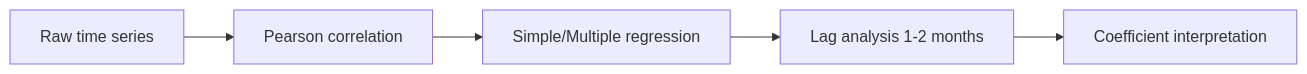
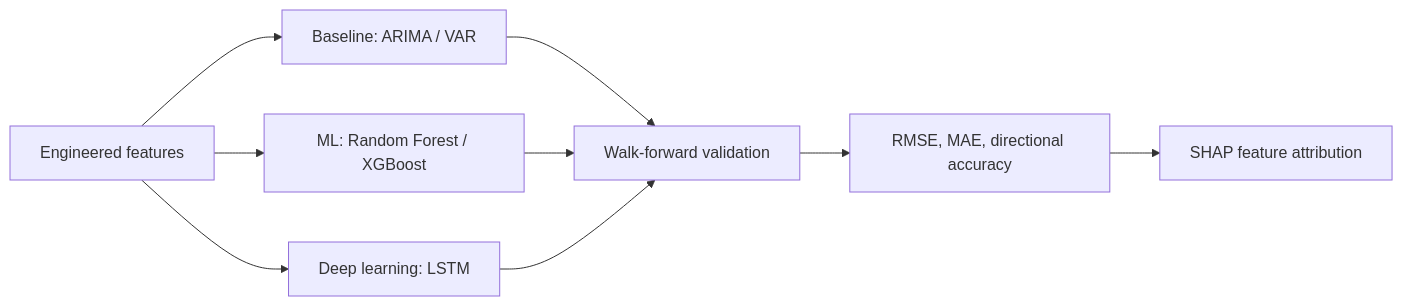
The third of 3 diagrams in README.md (Hyukjennii/kospi-lag-effect-analytics), drawn with Mermaid before and after one commit. The commit also changed other lines of this file and 1 other file, not shown here.

````diff
--- a/README.md
+++ b/README.md
@@ -72,7 +74,11 @@
 ```mermaid
 flowchart LR
-    A[Raw time series] --> B[Pearson correlation]
-    B --> C[Simple/Multiple regression]
-    C --> D[Lag analysis 1-2 months]
-    D --> E[Coefficient interpretation]
+    A[Engineered features] --> B[Baseline: ARIMA / VAR]
+    A --> C[ML: Random Forest / XGBoost]
+    A --> D[Deep learning: LSTM]
+    B --> E[Walk-forward validation]
+    C --> E
+    D --> E
+    E --> F[RMSE, MAE, directional accuracy]
+    F --> G[SHAP feature attribution]
 ```
````
